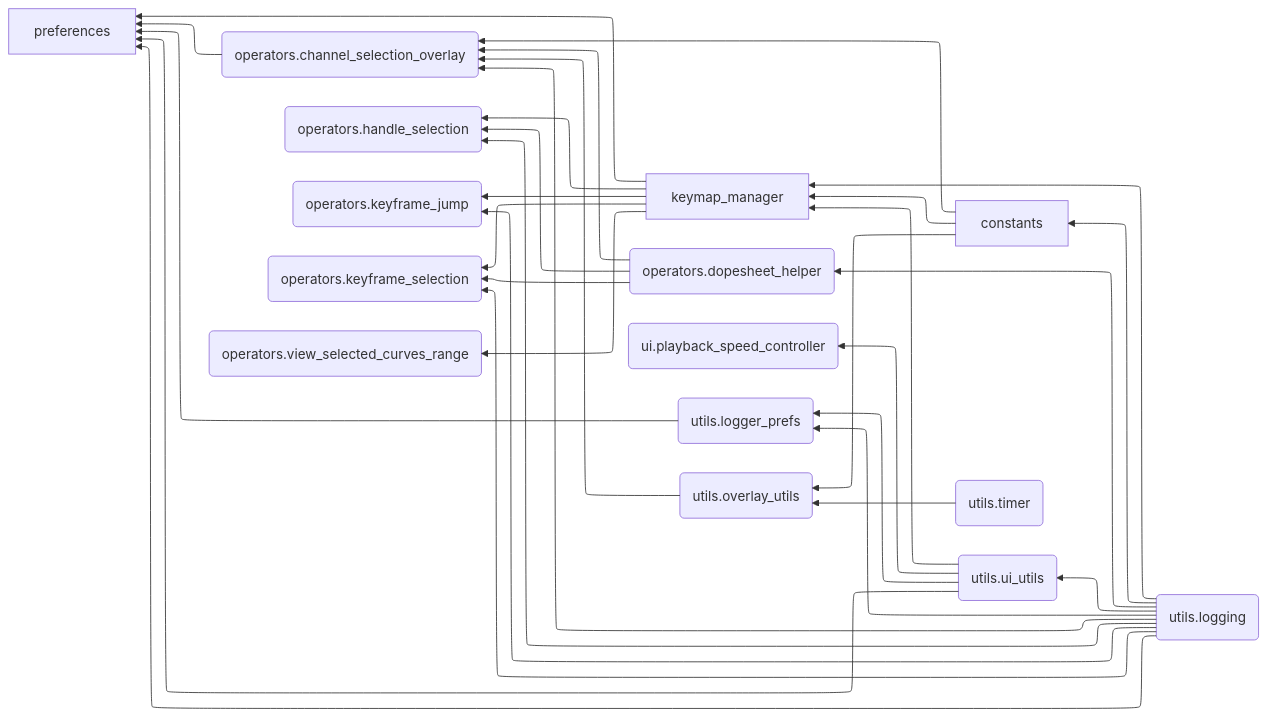
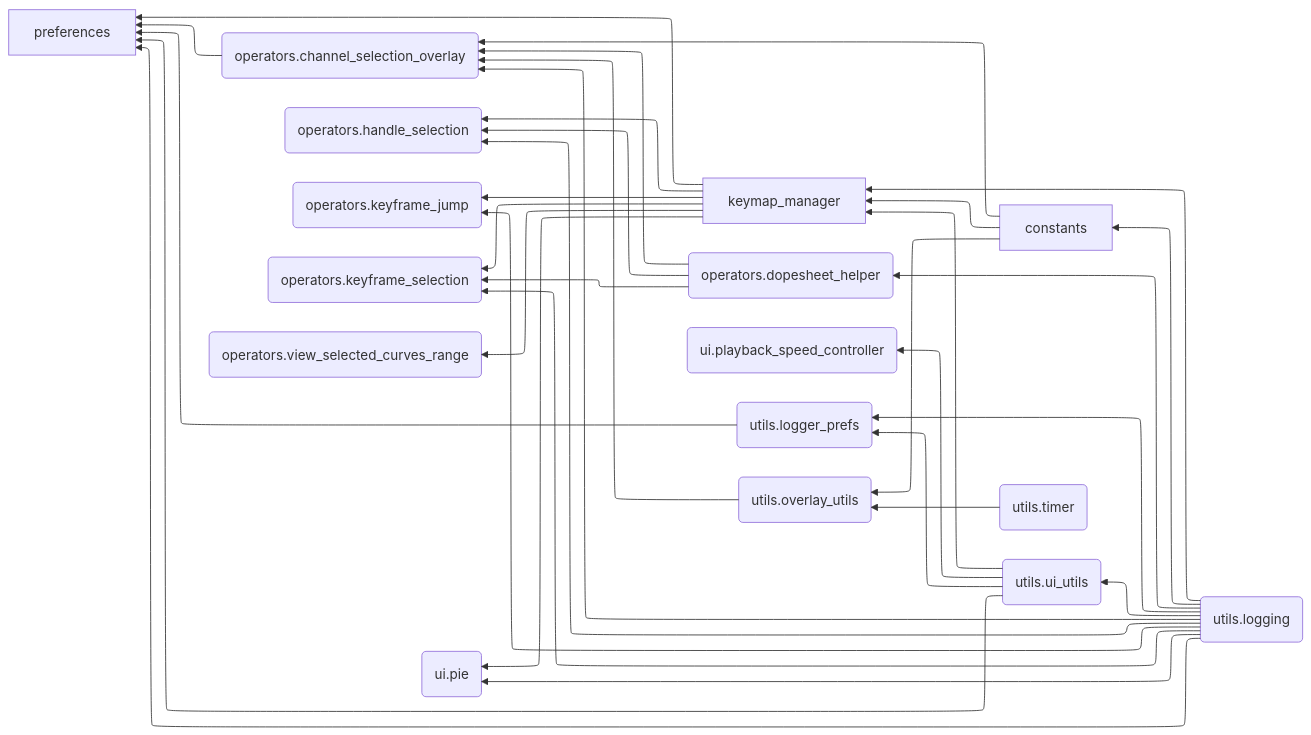
The diagram in docs/debug/module_dependencies.mmd (Pluglug/graph_monkey), drawn with Mermaid before and after one commit. The commit also changed 1 other file, not shown here.

```diff
--- a/docs/debug/module_dependencies.mmd
+++ b/docs/debug/module_dependencies.mmd
@@ -1,52 +1,55 @@
 ---
 config:
   theme: mc
   layout: elk
   flowchart:
     curve: basis
 ---
 flowchart RL
     constants[constants]
     keymap_manager[keymap_manager]
     operators_channel_selection_overlay(operators.channel_selection_overlay)
     operators_dopesheet_helper(operators.dopesheet_helper)
     operators_handle_selection(operators.handle_selection)
     operators_keyframe_jump(operators.keyframe_jump)
     operators_keyframe_selection(operators.keyframe_selection)
     operators_view_selected_curves_range(operators.view_selected_curves_range)
     preferences[preferences]
+    ui_pie(ui.pie)
     ui_playback_speed_controller(ui.playback_speed_controller)
     utils_logger_prefs(utils.logger_prefs)
     utils_logging(utils.logging)
     utils_overlay_utils(utils.overlay_utils)
     utils_timer(utils.timer)
     utils_ui_utils(utils.ui_utils)
     constants --> keymap_manager
     constants --> operators_channel_selection_overlay
     constants --> utils_overlay_utils
     keymap_manager --> operators_handle_selection
     keymap_manager --> operators_keyframe_jump
     keymap_manager --> operators_keyframe_selection
     keymap_manager --> operators_view_selected_curves_range
     keymap_manager --> preferences
+    keymap_manager --> ui_pie
     operators_channel_selection_overlay --> preferences
     operators_dopesheet_helper --> operators_channel_selection_overlay
     operators_dopesheet_helper --> operators_handle_selection
     operators_dopesheet_helper --> operators_keyframe_selection
     utils_logger_prefs --> preferences
     utils_logging --> constants
     utils_logging --> keymap_manager
     utils_logging --> operators_channel_selection_overlay
     utils_logging --> operators_dopesheet_helper
     utils_logging --> operators_handle_selection
     utils_logging --> operators_keyframe_jump
     utils_logging --> operators_keyframe_selection
     utils_logging --> preferences
+    utils_logging --> ui_pie
     utils_logging --> utils_logger_prefs
     utils_logging --> utils_ui_utils
     utils_overlay_utils --> operators_channel_selection_overlay
     utils_timer --> utils_overlay_utils
     utils_ui_utils --> keymap_manager
     utils_ui_utils --> preferences
     utils_ui_utils --> ui_playback_speed_controller
     utils_ui_utils --> utils_logger_prefs
```
